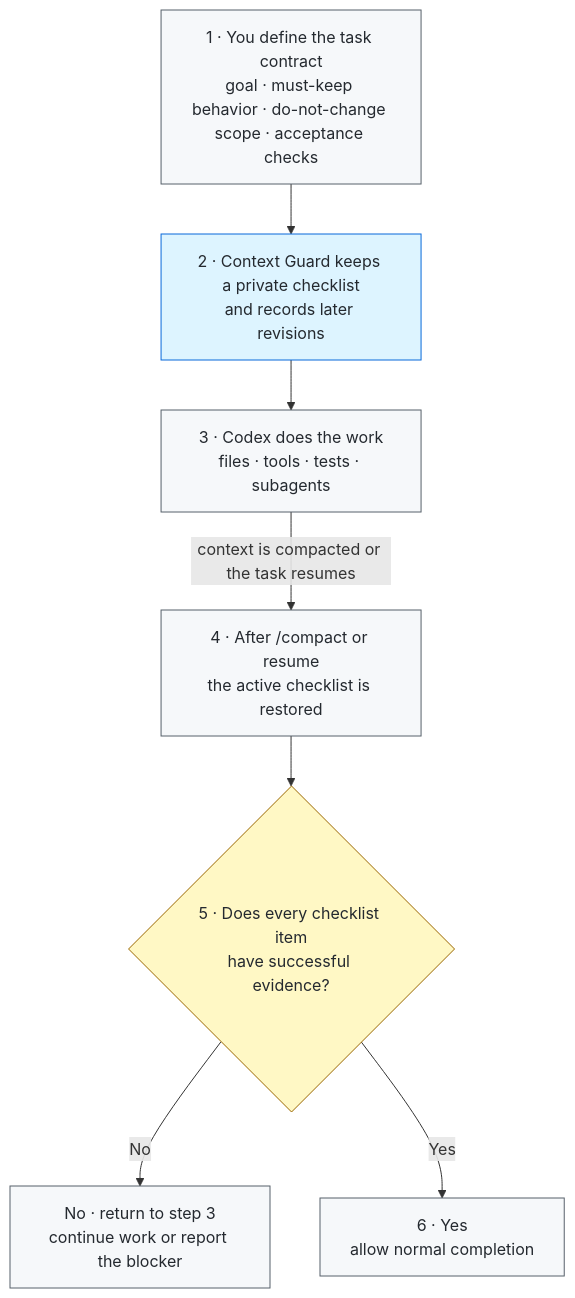
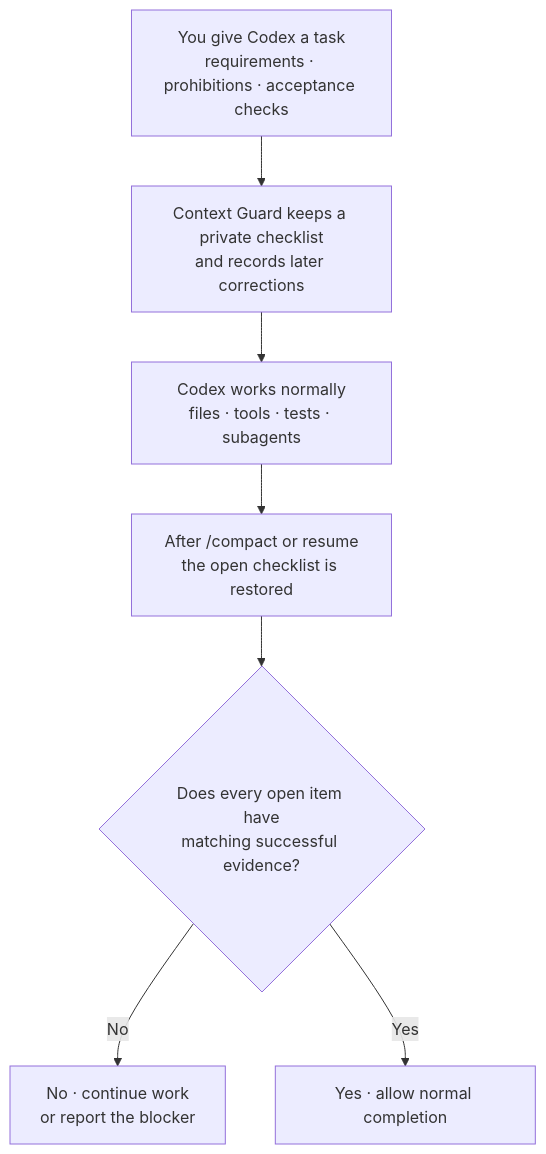
One commit to GreenLv/codex-context-guard changed the diagram in README.md. Above: the diagram before and after it, drawn with Mermaid. The commit also changed other lines of this file and 4 other files, not shown here.

````diff
--- a/README.md
+++ b/README.md
@@ -84,23 +65,14 @@
 ```mermaid
 flowchart TB
-  A["1 · You define the task contract<br/>goal · must-keep behavior · do-not-change scope · acceptance checks"]
-  B["2 · Context Guard keeps a private checklist<br/>and records later revisions"]
-  C["3 · Codex does the work<br/>files · tools · tests · subagents"]
-  D["4 · After /compact or resume<br/>the active checklist is restored"]
-  E{"5 · Does every checklist item<br/>have successful evidence?"}
-  F["No · return to step 3<br/>continue work or report the blocker"]
-  G["6 · Yes<br/>allow normal completion"]
+  A["You give Codex a task<br/>requirements · prohibitions · acceptance checks"]
+  B["Context Guard keeps a private checklist<br/>and records later corrections"]
+  C["Codex works normally<br/>files · tools · tests · subagents"]
+  D["After /compact or resume<br/>the open checklist is restored"]
+  E{"Does every open item have<br/>matching successful evidence?"}
+  F["No · continue work<br/>or report the blocker"]
+  G["Yes · allow normal completion"]
 
-  A --> B --> C
-  C -->|"context is compacted or the task resumes"| D
-  D --> E
-  E -->|"No"| F
-  E -->|"Yes"| G
-
-  classDef native fill:#f6f8fa,stroke:#57606a,color:#24292f;
-  classDef private fill:#ddf4ff,stroke:#0969da,color:#24292f;
-  classDef decision fill:#fff8c5,stroke:#9a6700,color:#24292f;
-  class A,C,D,F,G native;
-  class B private;
-  class E decision;
+  A --> B --> C --> D --> E
+  E -->|No| F
+  E -->|Yes| G
 ```
````
